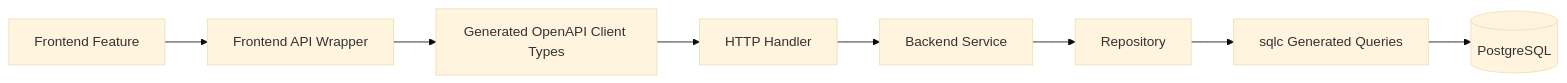
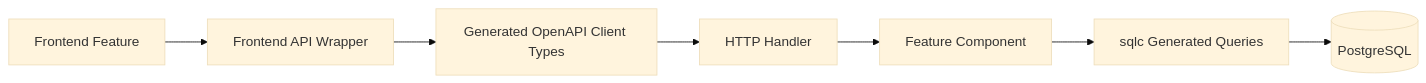
The second of 2 diagrams in docs/foundation/codebase-structure.md (finsight-org/finsight), drawn with Mermaid (base theme) before and after one commit. The commit also changed other lines of this file and 35 other files, not shown here.

First line of the commit message:
Refactor account feature around sqlc (#20)

````diff
--- a/docs/foundation/codebase-structure.md
+++ b/docs/foundation/codebase-structure.md
@@ -68,19 +68,17 @@
 ```mermaid
 flowchart LR
     FeatureUI["Frontend Feature"]
     APIWrapper["Frontend API Wrapper"]
     OpenAPIClient["Generated OpenAPI Client Types"]
     Handler["HTTP Handler"]
-    Service["Backend Service"]
-    Repo["Repository"]
+    Feature["Feature Component"]
     SQLC["sqlc Generated Queries"]
     DB[("PostgreSQL")]
 
     FeatureUI --> APIWrapper
     APIWrapper --> OpenAPIClient
     OpenAPIClient --> Handler
-    Handler --> Service
-    Service --> Repo
-    Repo --> SQLC
+    Handler --> Feature
+    Feature --> SQLC
     SQLC --> DB
 ```
````
